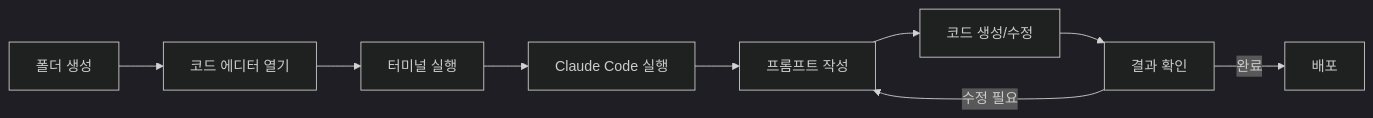
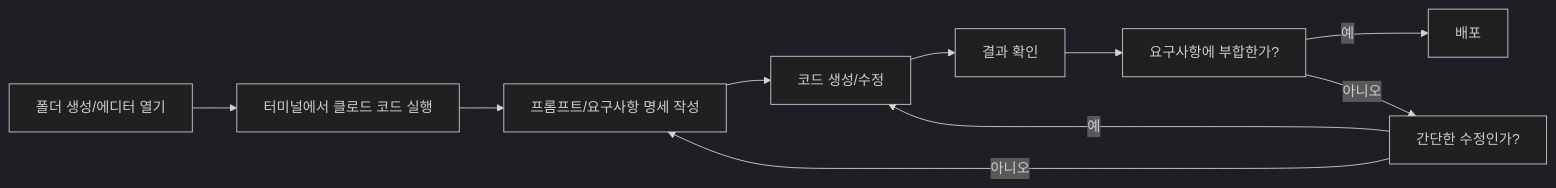
One commit to nugurejeil/weniVooks changed the diagram in _md/essentials-vibecoding/chapter02/02-2.md. Above: the diagram before and after it, drawn with Mermaid (dark theme). The commit also changed other lines of this file and 2 other files, not shown here.

````diff
--- a/_md/essentials-vibecoding/chapter02/02-2.md
+++ b/_md/essentials-vibecoding/chapter02/02-2.md
@@ -13,11 +11,12 @@
 ```mermaid
 flowchart LR
-    A["폴더 생성"] --> B["코드 에디터 열기"]
-    B --> C["터미널 실행"]
-    C --> D["Claude Code 실행"]
-    D --> E["프롬프트 작성"]
-    E --> F["코드 생성/수정"]
-    F --> G["결과 확인"]
-    G -->|"수정 필요"| E
-    G -->|"완료"| H["배포"]
+    A["폴더 생성/에디터 열기"] --> B["터미널에서 클로드 코드 실행"]
+    B --> C["프롬프트/요구사항 명세 작성"]
+    C --> D["코드 생성/수정"]
+    D --> E["결과 확인"]
+    E --> F["요구사항에 부합한가?"]
+    F -- 예 --> G["배포"]
+    F -- 아니오 --> H["간단한 수정인가?"]
+    H -- 예 --> D
+    H -- 아니오 --> C
 ```
````
